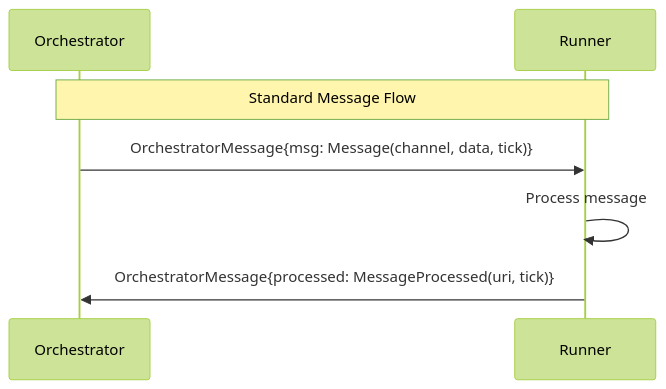
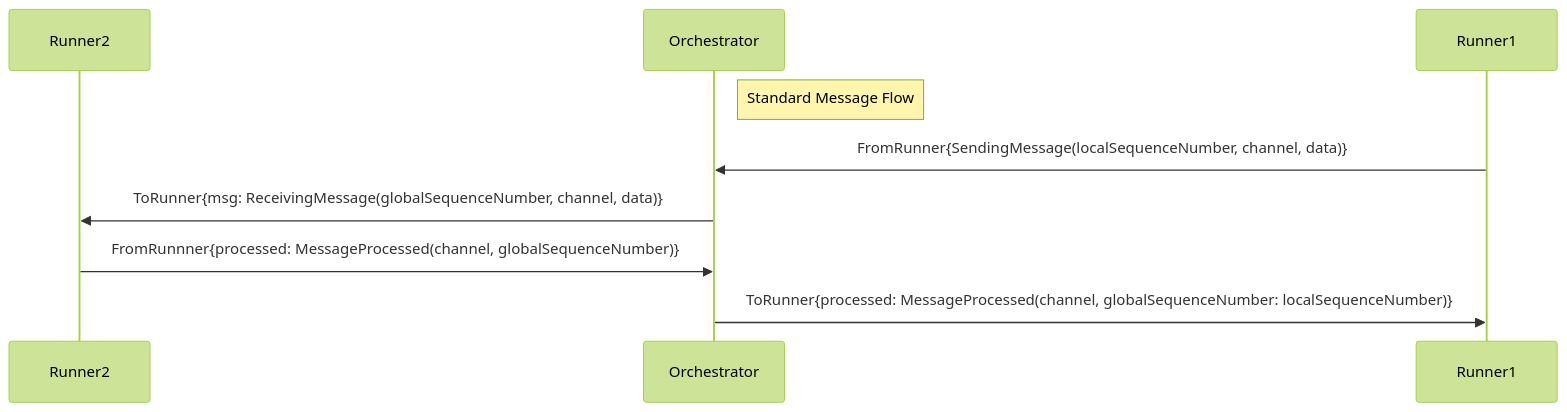
Before and after one commit to rdf-connect/proto: the second of 4 diagrams in README.md, drawn with Mermaid (forest theme). The commit also changed other lines of this file and 1 other file, not shown here.

````diff
--- a/README.md
+++ b/README.md
@@ -101,10 +98,12 @@
 ```mermaid
 sequenceDiagram
+    participant R2 as Runner2
     participant O as Orchestrator
-    participant R as Runner
+    participant R1 as Runner1
 
-    Note over O,R: Standard Message Flow
-    O->>R: OrchestratorMessage{msg: Message(channel, data, tick)}
-    R->>R: Process message
-    R->>O: OrchestratorMessage{processed: MessageProcessed(uri, tick)}
+    Note right of O: Standard Message Flow
+    R1->>O: FromRunner{SendingMessage(localSequenceNumber, channel, data)}
+    O->>R2: ToRunner{msg: ReceivingMessage(globalSequenceNumber, channel, data)}
+    R2->>O: FromRunnner{processed: MessageProcessed(channel, globalSequenceNumber)}
+    O->>R1: ToRunner{processed: MessageProcessed(channel, globalSequenceNumber: localSequenceNumber)}
 ```
````
